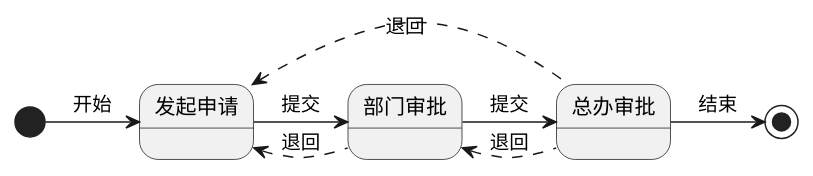
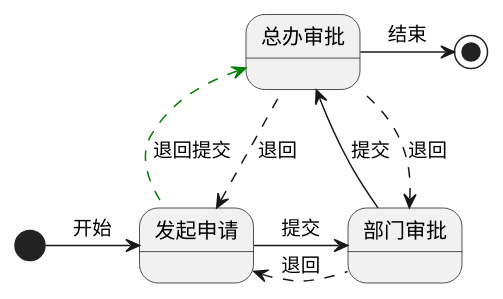
One commit to nemoworks/enkrinojs changed the diagram in docs/diagrams/reject2.puml. Above: the diagram before and after it, drawn with PlantUML.

```diff
--- a/docs/diagrams/reject2.puml
+++ b/docs/diagrams/reject2.puml
@@ -1,9 +1,15 @@
 @startuml
+state 发起申请
+state 部门审批
+state 总办审批
+
 [*] -right-> 发起申请 :开始
 发起申请 -right-> 部门审批 :提交
 部门审批 -right-> 总办审批 :提交
 部门审批 -left[dashed]-> 发起申请 :退回
 总办审批 -left[dashed]-> 部门审批 :退回
 总办审批 -left[dashed]-> 发起申请 :退回
 总办审批 -right-> [*] :结束
+ 发起申请 -up[#green,dashed]-> 总办审批 :退回提交
+
 @enduml
```
